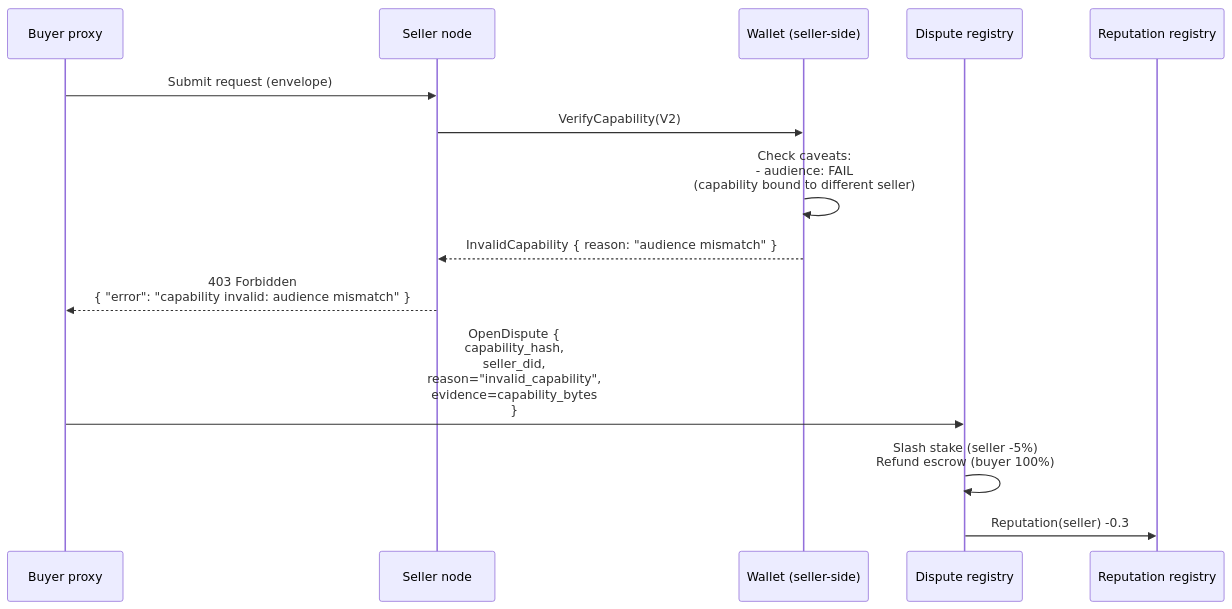
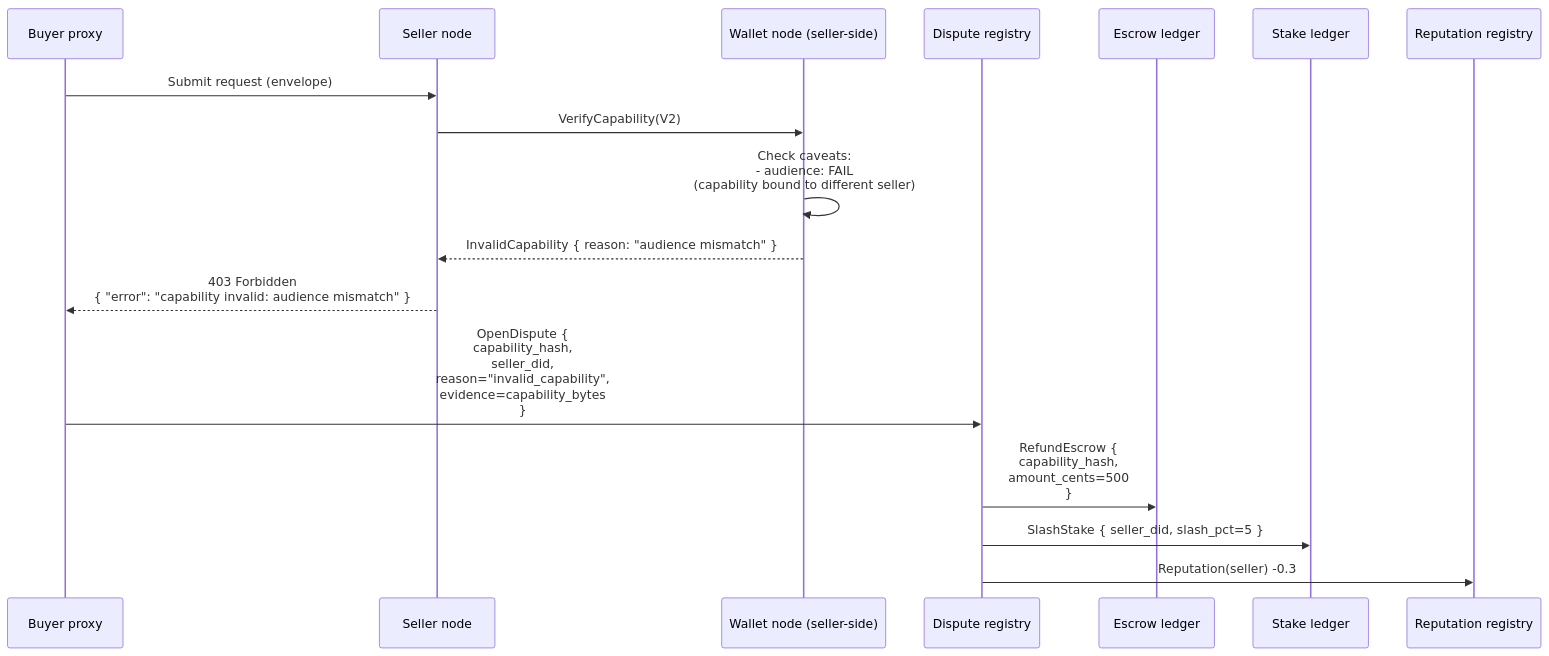
Before and after one commit to CipherOcto/cipherocto: diagram 13 of 14 in docs/architecture/end-to-end-scenarios.md, drawn with Mermaid. The commit also changed other lines of this file, not shown here.

````diff
--- a/docs/architecture/end-to-end-scenarios.md
+++ b/docs/architecture/end-to-end-scenarios.md
@@ -562,18 +563,21 @@
 ```mermaid
 sequenceDiagram
     participant P0 as Buyer proxy
     participant SN as Seller node
-    participant W as Wallet (seller-side)
+    participant W as Wallet node (seller-side)
     participant D as Dispute registry
+    participant E as Escrow ledger
+    participant ST as Stake ledger
     participant RR as Reputation registry
 
     P0->>SN: Submit request (envelope)
     SN->>W: VerifyCapability(V2)
     W->>W: Check caveats:<br/>  - audience: FAIL<br/>(capability bound to different seller)
     W-->>SN: InvalidCapability { reason: "audience mismatch" }
     SN-->>P0: 403 Forbidden<br/>{ "error": "capability invalid: audience mismatch" }
 
     P0->>D: OpenDispute {<br/>  capability_hash,<br/>  seller_did,<br/>  reason="invalid_capability",<br/>  evidence=capability_bytes<br/>}
-    D->>D: Slash stake (seller -5%)<br/>Refund escrow (buyer 100%)
+    D->>E: RefundEscrow {<br/>  capability_hash,<br/>  amount_cents=500<br/>}
+    D->>ST: SlashStake { seller_did, slash_pct=5 }
     D->>RR: Reputation(seller) -0.3
 ```
````
